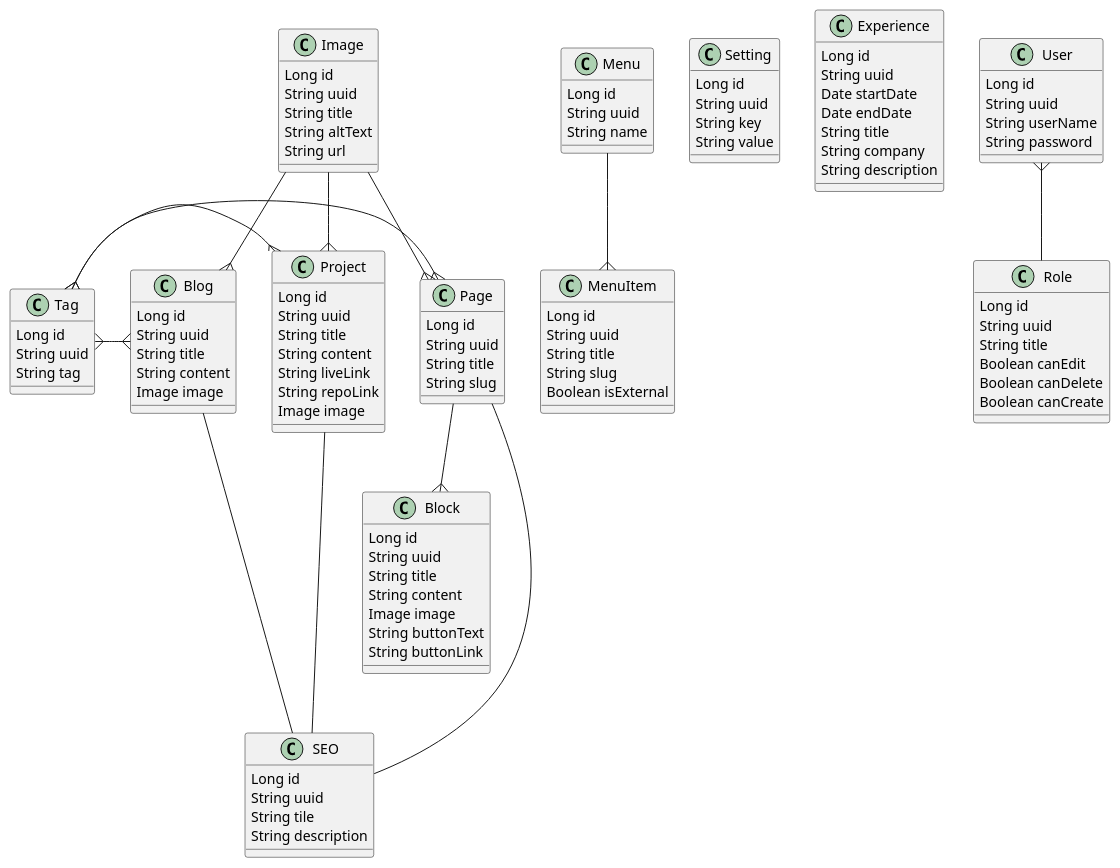
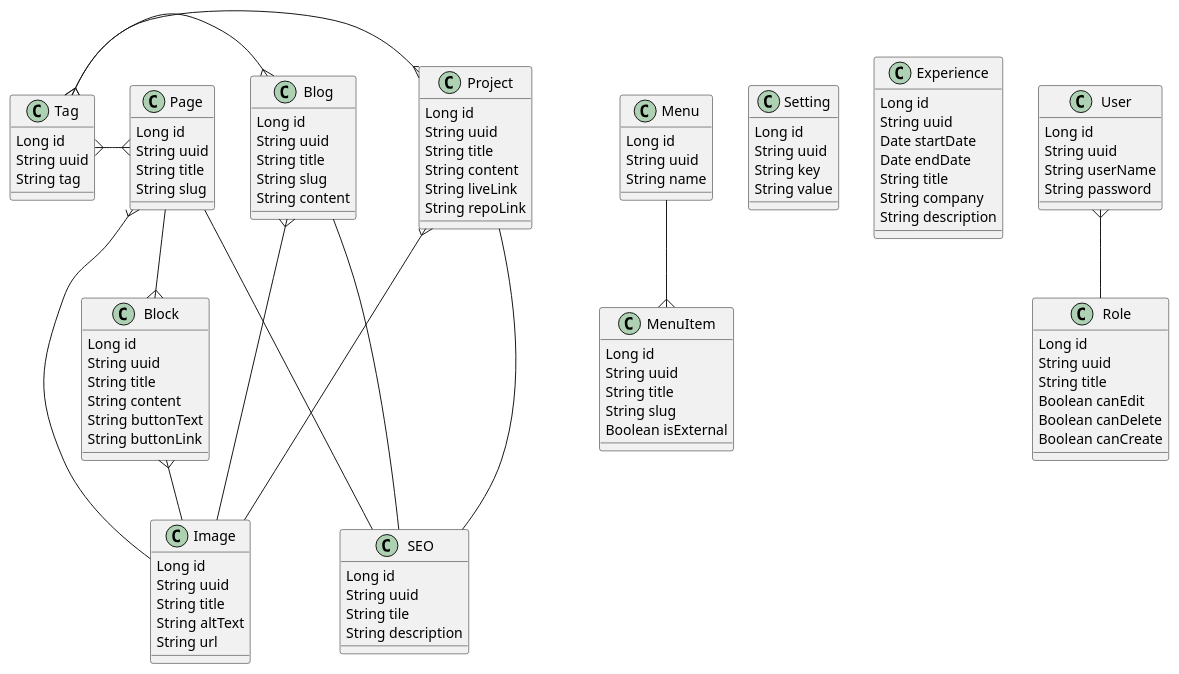
The diagram in models.puml (Barbierst/trgt-cms-api), drawn with PlantUML before and after one commit. The commit also changed 11 other files, not shown here.

First line of the commit message:
Implement models: - Block - Blog - MenuItem - Page - Project - Seo - Setting

```diff
--- a/models.puml
+++ b/models.puml
@@ -1,122 +1,122 @@
 @startuml
 class Page {
     Long id
     String uuid
     String title
     String slug
 }
 
 class Menu {
     Long id
     String uuid
     String name
 }
 
 class MenuItem {
     Long id
     String uuid
     String title
     String slug
     Boolean isExternal
 }
 
 class Block {
     Long id
     String uuid
     String title
     String content
-    Image image
     String buttonText
     String buttonLink
 }
 
 class Setting {
     Long id
     String uuid
     String key
     String value
 }
 
 class SEO {
     Long id
     String uuid
     String tile
     String description
 }
 
 class Blog {
     Long id
     String uuid
     String title
+    String slug
     String content
-    Image image
 }
 
 class Project {
     Long id
     String uuid
     String title
     String content
     String liveLink
     String repoLink
-    Image image
 }
 
 class Tag {
     Long id
     String uuid
     String tag
 }
 
 class Experience {
     Long id
     String uuid
     Date startDate
     Date endDate
     String title
     String company
     String description
 }
 
 class Image {
     Long id
     String uuid
     String title
     String altText
     String url
 }
 
 class User {
     Long id
     String uuid
     String userName
     String password
 }
 
 class Role {
     Long id
     String uuid
     String title
     Boolean canEdit
     Boolean canDelete
     Boolean canCreate
 }
 
 Menu --{ MenuItem
 
 Page --{ Block
 Page --- SEO
 
 Blog --- SEO
 Project --- SEO
 
 Tag }-{ Project
 Tag }-{ Blog
 Tag }-{ Page
 
-Image --{ Project
-Image --{ Blog
-Image --{ Page
+Project }-- Image
+Blog }-- Image
+Page }-- Image
+
+Block }-- Image
 
 User }-- Role
 @enduml
```
